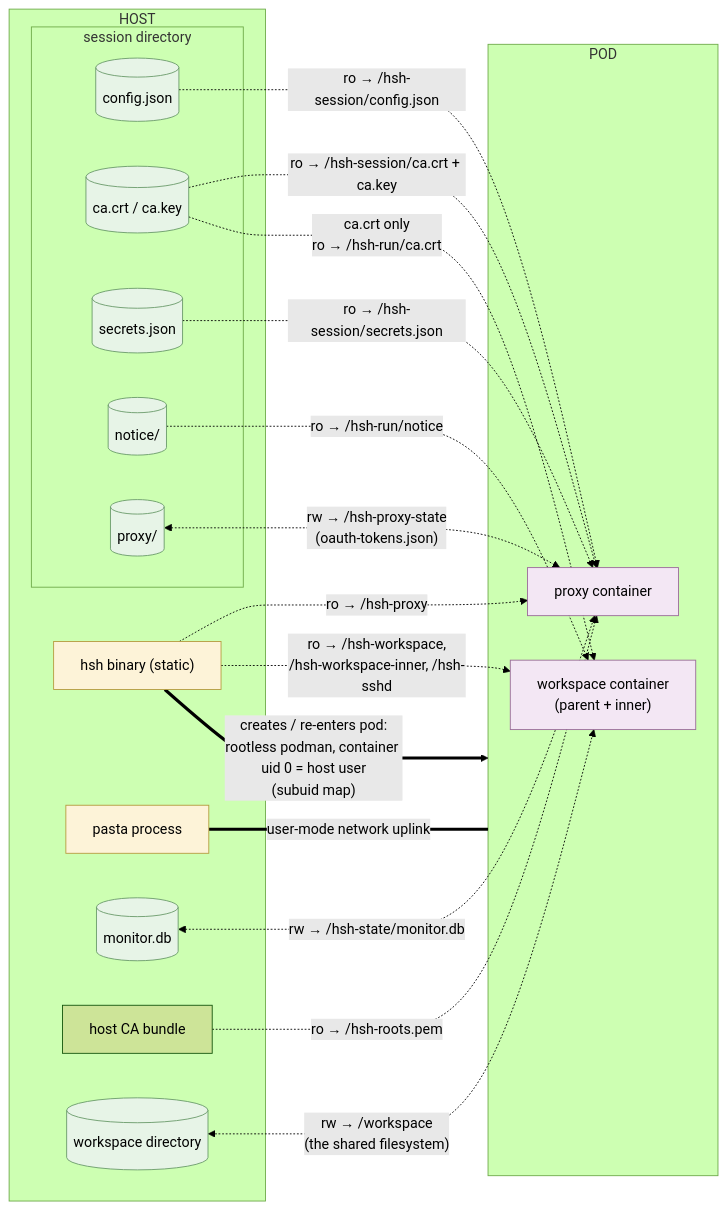
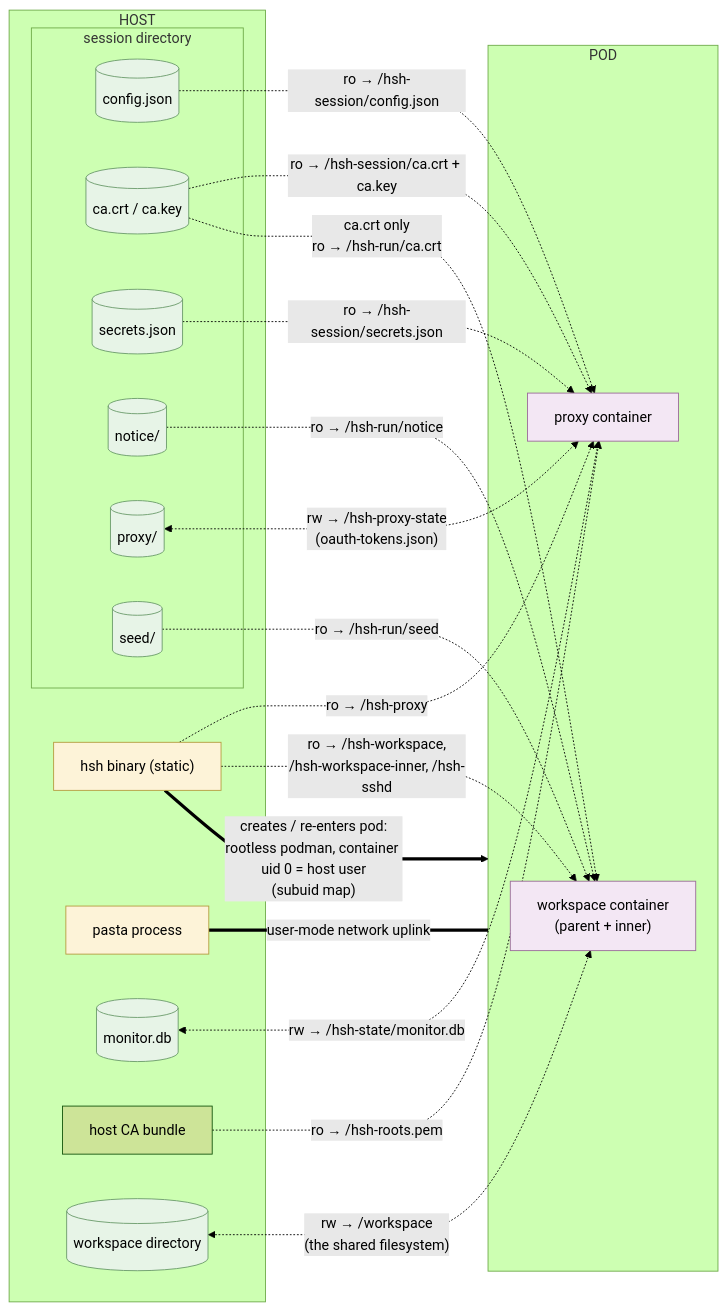
Before and after one commit to philips/hsh: the third of 3 diagrams in internal-docs/architecture.md, drawn with Mermaid (forest theme). The commit also changed other lines of this file and 3 other files, not shown here.

````diff
--- a/internal-docs/architecture.md
+++ b/internal-docs/architecture.md
@@ -117,45 +121,47 @@
 ```mermaid
 flowchart LR
     classDef proc fill:#fdf3d8,stroke:#b59b3e
     classDef file fill:#e7f4e7,stroke:#6a9a6a
     classDef ctr fill:#f3e7f4,stroke:#9a6a9a
 
     subgraph HOST["HOST"]
         hshbin["hsh binary (static)"]
         pasta["pasta process"]
         subgraph SESDIR["session directory"]
             cfgcopy[("config.json")]
             cafiles[("ca.crt / ca.key")]
             secretsjson[("secrets.json")]
             noticedir[("notice/")]
             proxydir[("proxy/")]
+            seeddir[("seed/")]
         end
         monitordb[("monitor.db")]
         caBundle["host CA bundle"]
         wsdir[("workspace directory")]
     end
 
     subgraph POD["POD"]
         PROXY["proxy container"]
         WSC["workspace container<br/>(parent + inner)"]
     end
 
     hshbin -.->|"ro → /hsh-proxy"| PROXY
     hshbin -.->|"ro → /hsh-workspace,<br/>/hsh-workspace-inner, /hsh-sshd"| WSC
     cfgcopy -.->|"ro → /hsh-session/config.json"| PROXY
     secretsjson -.->|"ro → /hsh-session/secrets.json"| PROXY
     cafiles -.->|"ro → /hsh-session/ca.crt + ca.key"| PROXY
     caBundle -.->|"ro → /hsh-roots.pem"| PROXY
     monitordb <-.->|"rw → /hsh-state/monitor.db"| PROXY
     proxydir <-.->|"rw → /hsh-proxy-state<br/>(oauth-tokens.json)"| PROXY
     cafiles -.->|"ca.crt only<br/>ro → /hsh-run/ca.crt"| WSC
     noticedir -.->|"ro → /hsh-run/notice"| WSC
+    seeddir -.->|"ro → /hsh-run/seed"| WSC
     wsdir <-.->|"rw → /workspace<br/>(the shared filesystem)"| WSC
     pasta ===|"user-mode network uplink"| POD
 
     hshbin ==>|"creates / re-enters pod:<br/>rootless podman, container uid 0 = host user<br/>(subuid map)"| POD
 
     class hshbin,pasta proc
-    class cfgcopy,cafiles,secretsjson,noticedir,proxydir,monitordb,wsdir file
+    class cfgcopy,cafiles,secretsjson,noticedir,proxydir,seeddir,monitordb,wsdir file
     class PROXY,WSC ctr
 ```
````
